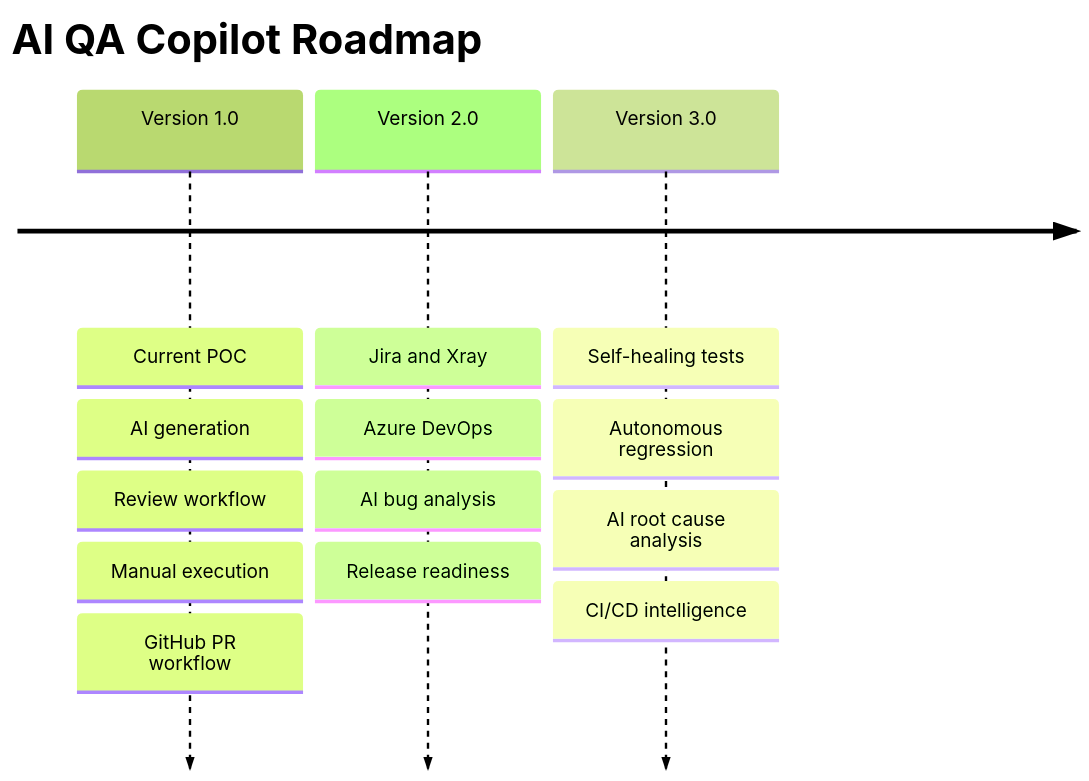
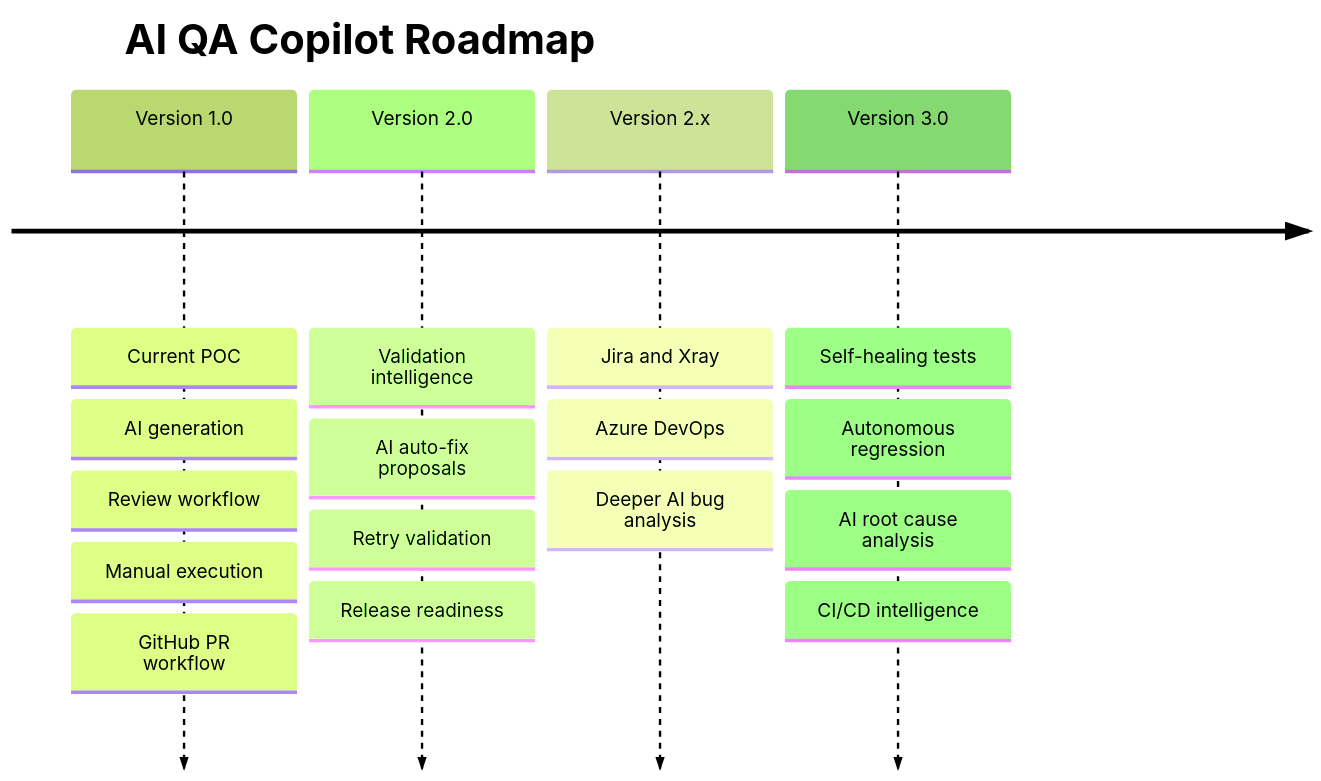
One commit to dksable/ai-qa-copilot-fe changed the diagram in docs/19-Product-Roadmap.md. Above: the diagram before and after it, drawn with Mermaid (forest theme). The commit also changed other lines of this file and 27 other files, not shown here.

Commit message:
Add v2 validation intelligence UI and docs

````diff
--- a/docs/19-Product-Roadmap.md
+++ b/docs/19-Product-Roadmap.md
@@ -59,17 +73,20 @@
 ```mermaid
 timeline
   title AI QA Copilot Roadmap
   Version 1.0 : Current POC
               : AI generation
               : Review workflow
               : Manual execution
               : GitHub PR workflow
-  Version 2.0 : Jira and Xray
+  Version 2.0 : Validation intelligence
+              : AI auto-fix proposals
+              : Retry validation
+              : Release readiness
+  Version 2.x : Jira and Xray
               : Azure DevOps
-              : AI bug analysis
-              : Release readiness
+              : Deeper AI bug analysis
   Version 3.0 : Self-healing tests
               : Autonomous regression
               : AI root cause analysis
               : CI/CD intelligence
 ```
````
